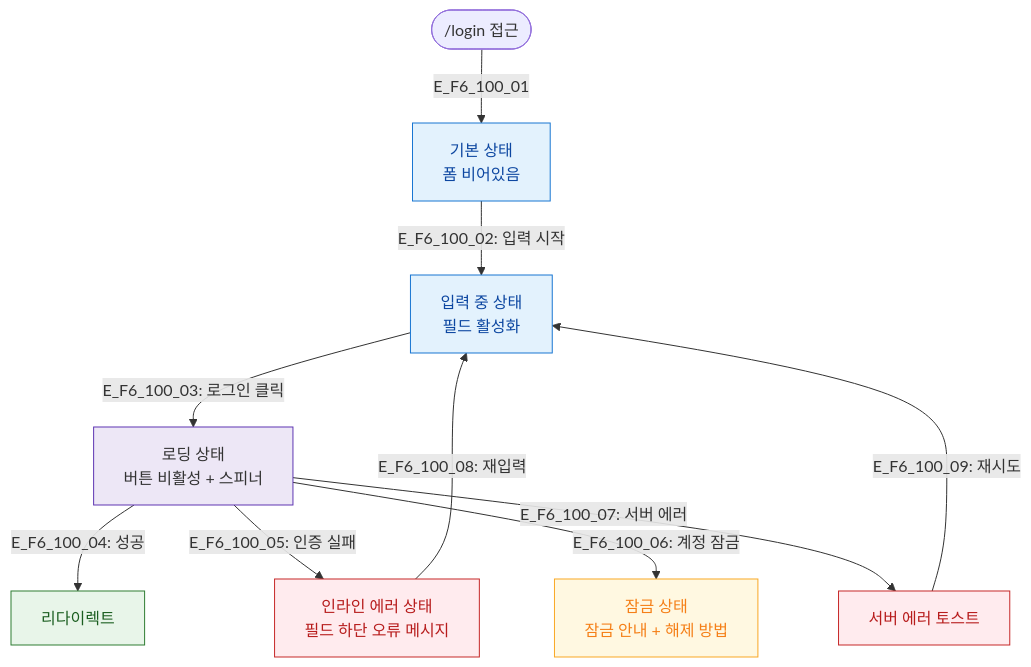
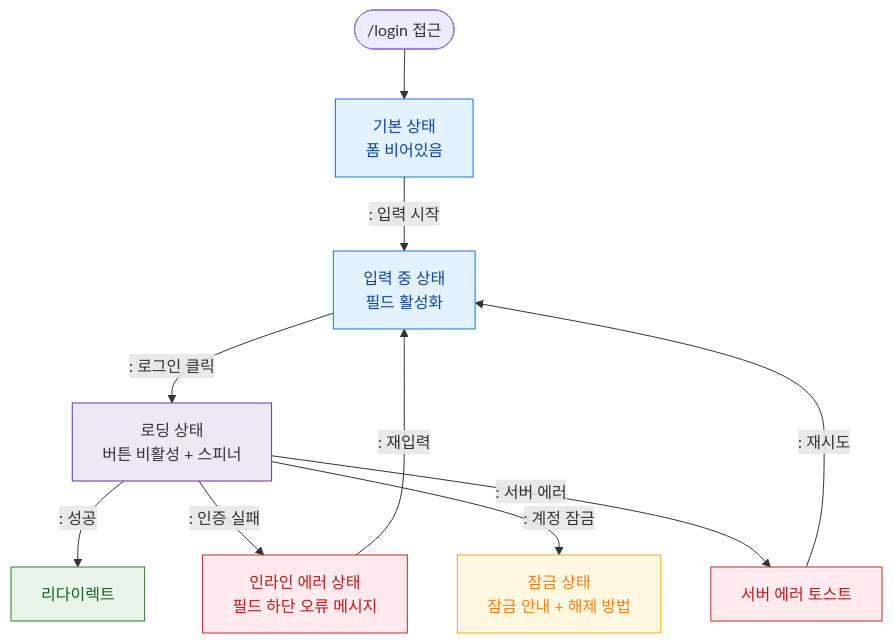
Before and after one commit to dev-spogym/admin-pando: the diagram in docs/다이어그램/D10_본사관리/SCR-100_로그인/F6_상태별화면.md, drawn with Mermaid. The commit also changed other lines of this file and 1660 other files, not shown here.

First line of the commit message:
다이어그램: 기획자/클라이언트 납품본으로 정리

````diff
--- a/docs/다이어그램/D10_본사관리/SCR-100_로그인/F6_상태별화면.md
+++ b/docs/다이어그램/D10_본사관리/SCR-100_로그인/F6_상태별화면.md
@@ -14,25 +12,25 @@
 ```mermaid
 flowchart TD
-    Entry([/login 접근]) -->|E_F6_100_01| Idle[기본 상태\n폼 비어있음]
+    Entry([/login 접근]) --> Idle[기본 상태\n폼 비어있음]
 
-    Idle -->|"E_F6_100_02: 입력 시작"| Editing[입력 중 상태\n필드 활성화]
-    Editing -->|"E_F6_100_03: 로그인 클릭"| Loading[로딩 상태\n버튼 비활성 + 스피너]
-    Loading -->|"E_F6_100_04: 성공"| Redirect[리다이렉트]
-    Loading -->|"E_F6_100_05: 인증 실패"| ErrorInline[인라인 에러 상태\n필드 하단 오류 메시지]
-    Loading -->|"E_F6_100_06: 계정 잠금"| Locked[잠금 상태\n잠금 안내 + 해제 방법]
-    Loading -->|"E_F6_100_07: 서버 에러"| ErrorToast[서버 에러 토스트]
+    Idle -->|": 입력 시작"|Editing[입력 중 상태\n필드 활성화]
+    Editing -->|": 로그인 클릭"|Loading[로딩 상태\n버튼 비활성 + 스피너]
+    Loading -->|": 성공"|Redirect[리다이렉트]
+    Loading -->|": 인증 실패"|ErrorInline[인라인 에러 상태\n필드 하단 오류 메시지]
+    Loading -->|": 계정 잠금"|Locked[잠금 상태\n잠금 안내 + 해제 방법]
+    Loading -->|": 서버 에러"|ErrorToast[서버 에러 토스트]
 
-    ErrorInline -->|"E_F6_100_08: 재입력"| Editing
-    ErrorToast -->|"E_F6_100_09: 재시도"| Editing
+    ErrorInline -->|": 재입력"|Editing
+    ErrorToast -->|": 재시도"|Editing
 
     classDef screen fill:#E3F2FD,stroke:#1976D2,color:#0D47A1
     classDef success fill:#E8F5E9,stroke:#2E7D32,color:#1B5E20
     classDef error fill:#FFEBEE,stroke:#C62828,color:#B71C1C
     classDef warning fill:#FFF8E1,stroke:#F9A825,color:#F57F17
     classDef system fill:#EDE7F6,stroke:#5E35B2
     class Idle,Editing screen
     class Redirect success
     class ErrorInline,ErrorToast error
     class Locked warning
     class Loading system
 ```
````
